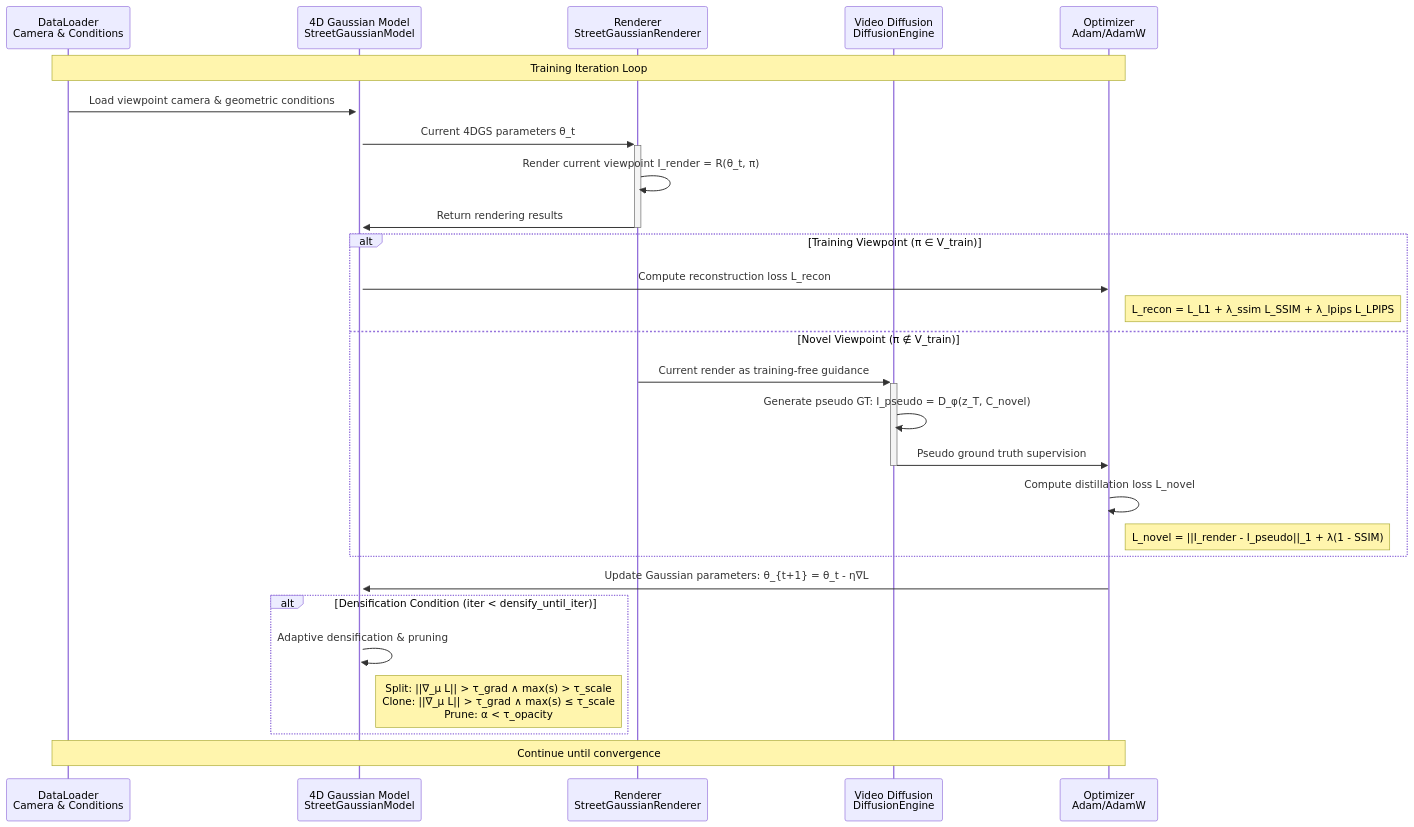
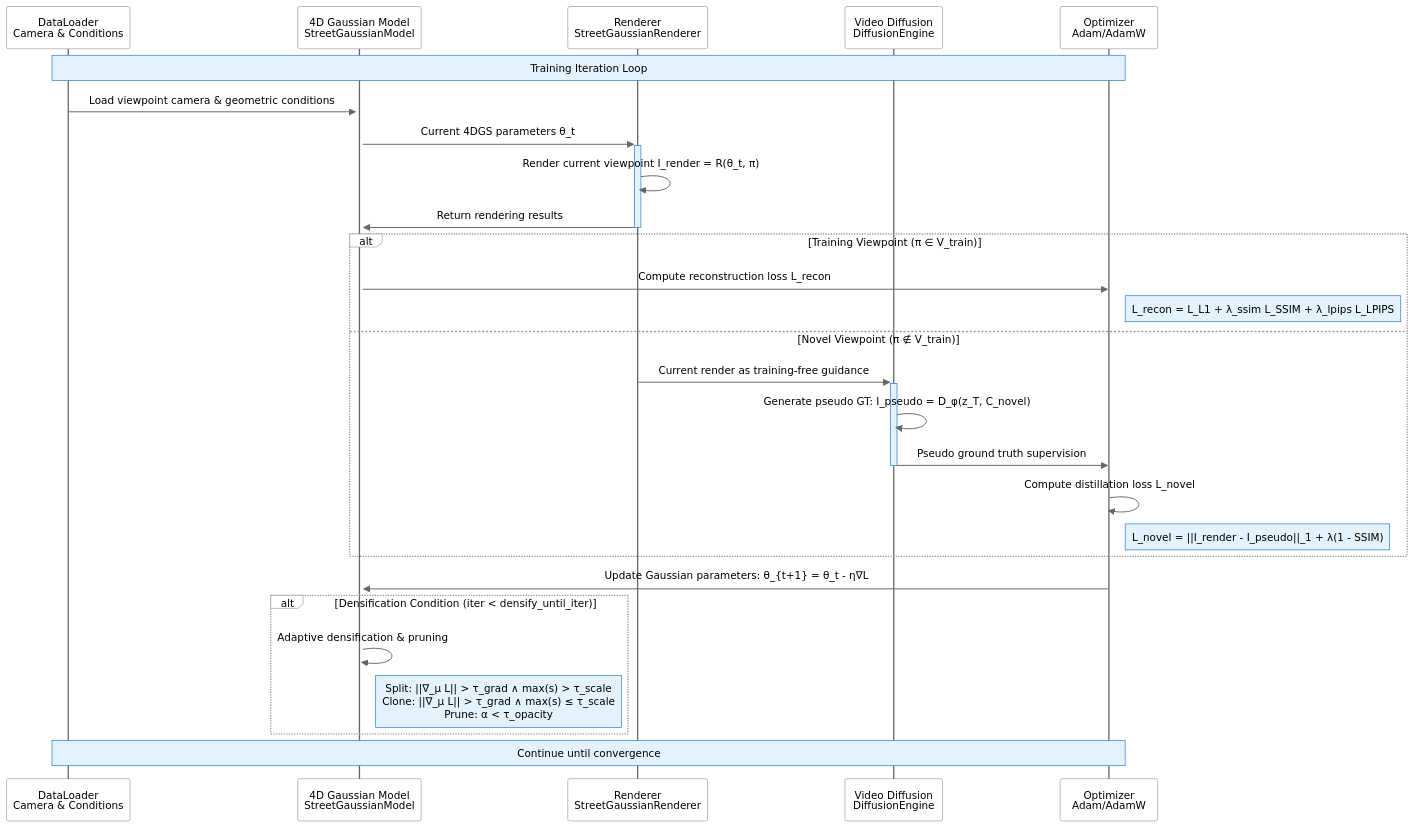
The diagram in figures/mmd/training_pipeline.mmd (charles1614/thuthesis), drawn with Mermaid before and after one commit. The commit also changed 14 other files, not shown here.

```diff
--- a/figures/mmd/training_pipeline.mmd
+++ b/figures/mmd/training_pipeline.mmd
@@ -1,33 +1,34 @@
+%%{init: {'theme':'base', 'themeVariables': {'primaryColor':'#FFFFFF','primaryTextColor':'#000','primaryBorderColor':'#999999','lineColor':'#666','secondaryColor':'#F5F5F5','tertiaryColor':'#FFFFFF','noteBkgColor':'#E3F2FD','noteBorderColor':'#1976D2','noteTextColor':'#000','actorBkg':'#FFFFFF','actorBorder':'#999999','actorTextColor':'#000','actorLineColor':'#666','signalColor':'#666','signalTextColor':'#000','labelBoxBkgColor':'#FFFFFF','labelBoxBorderColor':'#999999','labelTextColor':'#000','loopTextColor':'#000','activationBorderColor':'#1976D2','activationBkgColor':'#E3F2FD','sequenceNumberColor':'#FFF'}}}%%
 sequenceDiagram
     participant DL as DataLoader<br/>Camera & Conditions
     participant GS as 4D Gaussian Model<br/>StreetGaussianModel
     participant RN as Renderer<br/>StreetGaussianRenderer
     participant VD as Video Diffusion<br/>DiffusionEngine
     participant OP as Optimizer<br/>Adam/AdamW
     
     Note over DL,OP: Training Iteration Loop
     
     DL->>+GS: Load viewpoint camera & geometric conditions
     GS->>+RN: Current 4DGS parameters θ_t
     RN->>RN: Render current viewpoint I_render = R(θ_t, π)
     RN->>-GS: Return rendering results
     
     alt Training Viewpoint (π ∈ V_train)
         GS->>OP: Compute reconstruction loss L_recon
         Note right of OP: L_recon = L_L1 + λ_ssim L_SSIM + λ_lpips L_LPIPS
     else Novel Viewpoint (π ∉ V_train)
         RN->>+VD: Current render as training-free guidance
         VD->>VD: Generate pseudo GT: I_pseudo = D_φ(z_T, C_novel)
         VD->>-OP: Pseudo ground truth supervision
         OP->>OP: Compute distillation loss L_novel
         Note right of OP: L_novel = ||I_render - I_pseudo||_1 + λ(1 - SSIM)
     end
     
     OP->>GS: Update Gaussian parameters: θ_{t+1} = θ_t - η∇L
     
     alt Densification Condition (iter < densify_until_iter)
         GS->>GS: Adaptive densification & pruning
         Note right of GS: Split: ||∇_μ L|| > τ_grad ∧ max(s) > τ_scale<br/>Clone: ||∇_μ L|| > τ_grad ∧ max(s) ≤ τ_scale<br/>Prune: α < τ_opacity
     end
     
     Note over DL,OP: Continue until convergence
```
